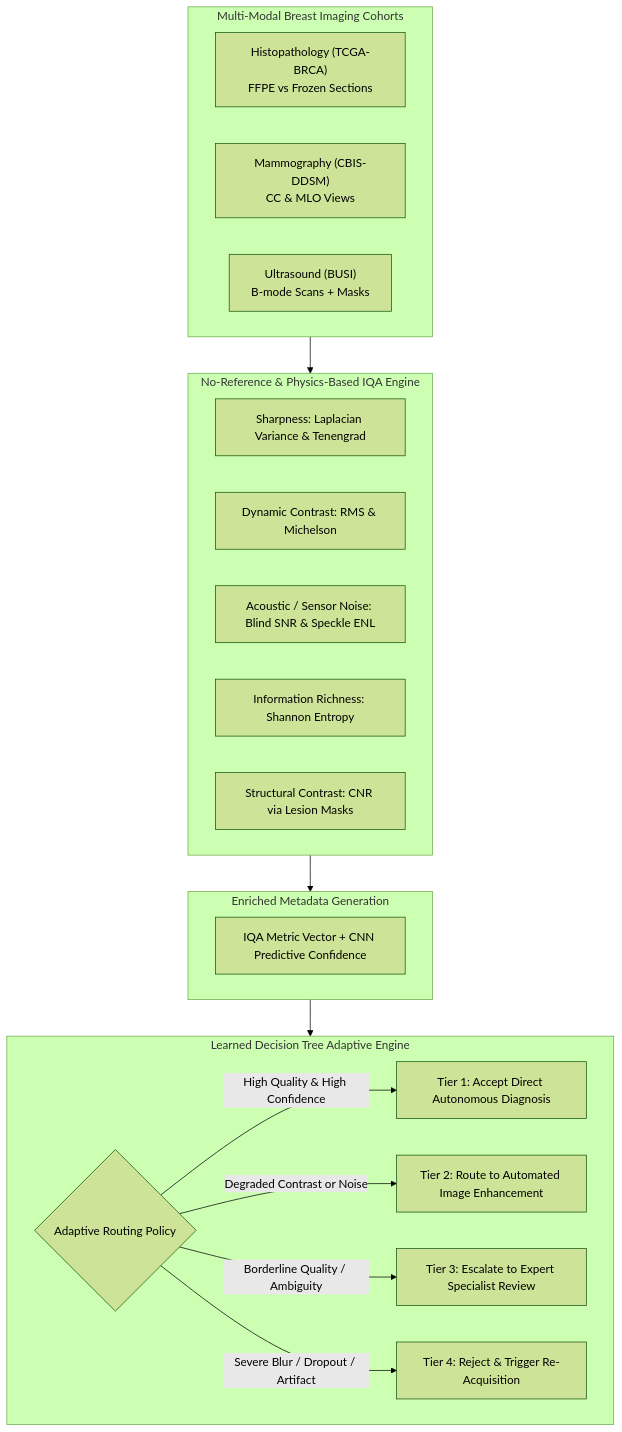
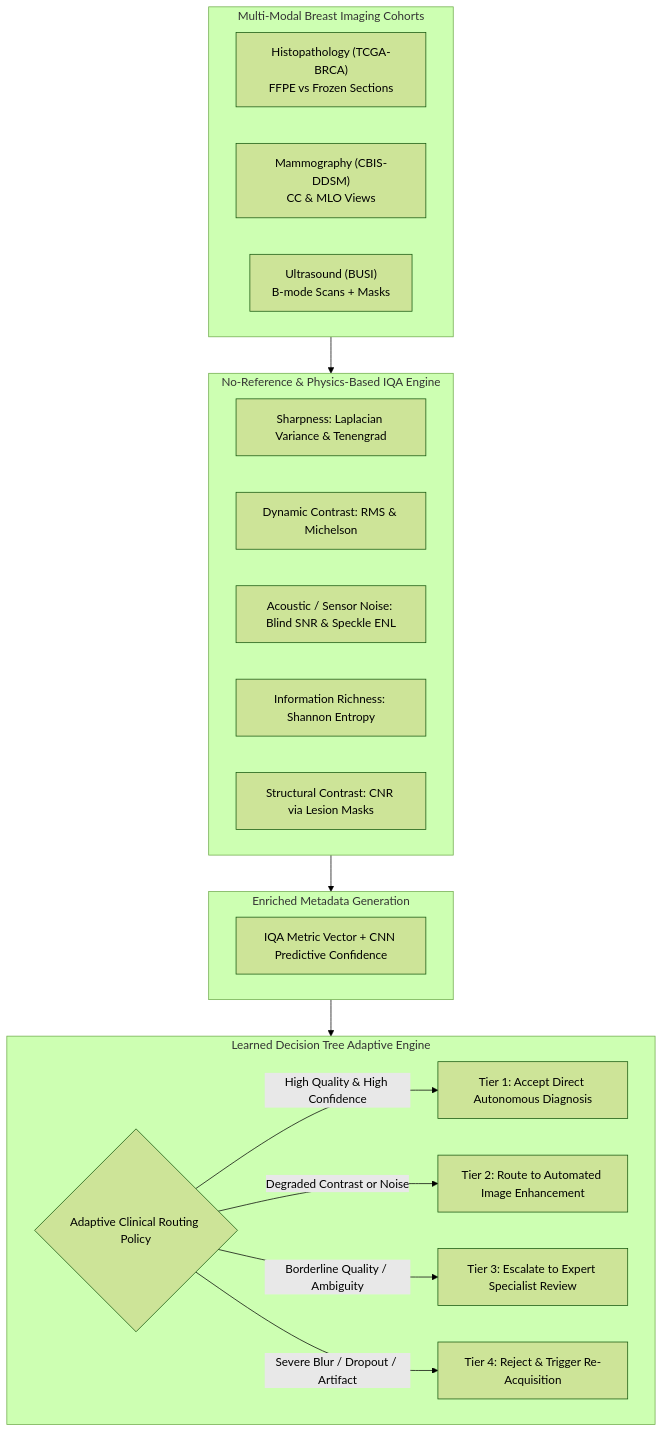
The fifth of 5 diagrams in README.md (Youssef-Ebn-Yasser/breastCancerAnalytics), drawn with Mermaid (forest theme) before and after one commit. The commit also changed other lines of this file, not shown here.

Commit message:
docs: Add dataset landscape image, detailed research task clinical examples, diagrams, and diagnostic montages

````diff
--- a/README.md
+++ b/README.md
@@ -19,32 +182,32 @@
 ```mermaid
 graph TD
     subgraph Multi_Modal_Data["Multi-Modal Breast Imaging Cohorts"]
         A1["Histopathology (TCGA-BRCA)<br>FFPE vs Frozen Sections"]
         A2["Mammography (CBIS-DDSM)<br>CC & MLO Views"]
         A3["Ultrasound (BUSI)<br>B-mode Scans + Masks"]
     end
 
     subgraph IQA_Engine["No-Reference & Physics-Based IQA Engine"]
         B1["Sharpness: Laplacian Variance & Tenengrad"]
         B2["Dynamic Contrast: RMS & Michelson"]
         B3["Acoustic / Sensor Noise: Blind SNR & Speckle ENL"]
         B4["Information Richness: Shannon Entropy"]
         B5["Structural Contrast: CNR via Lesion Masks"]
     end
 
     subgraph Feature_Vector["Enriched Metadata Generation"]
         C1["IQA Metric Vector + CNN Predictive Confidence"]
     end
 
     subgraph Decision_Engine["Learned Decision Tree Adaptive Engine"]
-        D1{"Adaptive Routing Policy"}
+        D1{"Adaptive Clinical Routing Policy"}
         D1 -->|High Quality & High Confidence| E1["Tier 1: Accept Direct Autonomous Diagnosis"]
         D1 -->|Degraded Contrast or Noise| E2["Tier 2: Route to Automated Image Enhancement"]
         D1 -->|Borderline Quality / Ambiguity| E3["Tier 3: Escalate to Expert Specialist Review"]
         D1 -->|Severe Blur / Dropout / Artifact| E4["Tier 4: Reject & Trigger Re-Acquisition"]
     end
 
     Multi_Modal_Data --> IQA_Engine
     IQA_Engine --> Feature_Vector
     Feature_Vector --> Decision_Engine
 ```
````
